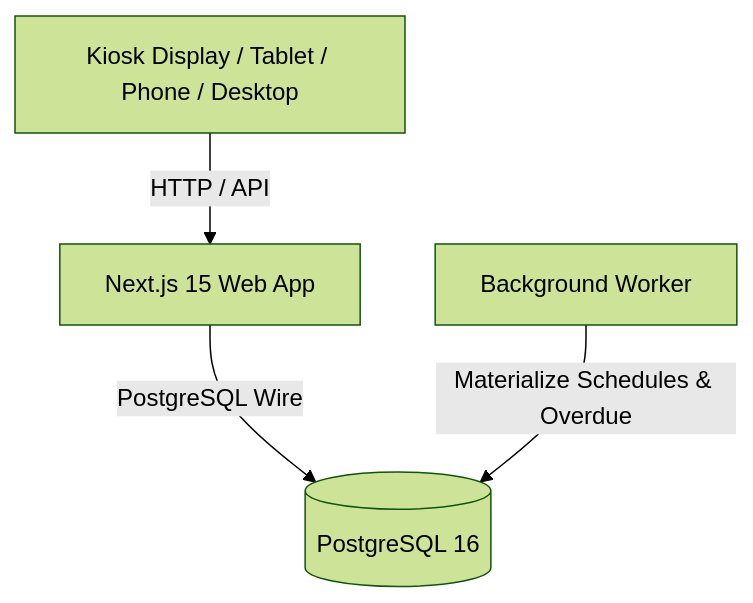
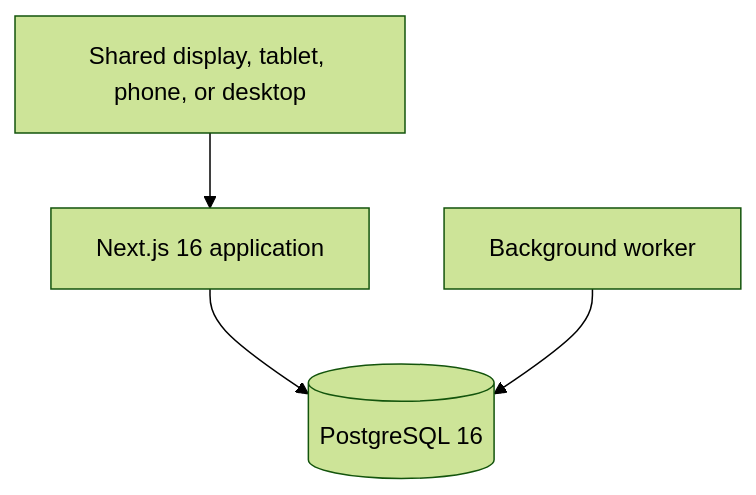
One commit to ryancbutler/homeboard changed the diagram in README.md. Above: the diagram before and after it, drawn with Mermaid (forest theme). The commit also changed other lines of this file and 1 other file, not shown here.

````diff
--- a/README.md
+++ b/README.md
@@ -76,6 +20,6 @@
 ```mermaid
 graph TD
-  User[Kiosk Display / Tablet / Phone / Desktop] -->|HTTP / API| Web[Next.js 15 Web App]
-  Web -->|PostgreSQL Wire| DB[(PostgreSQL 16)]
-  Worker[Background Worker] -->|Materialize Schedules & Overdue| DB
+  User[Shared display, tablet, phone, or desktop] --> Web[Next.js 16 application]
+  Web --> DB[(PostgreSQL 16)]
+  Worker[Background worker] --> DB
 ```
````
